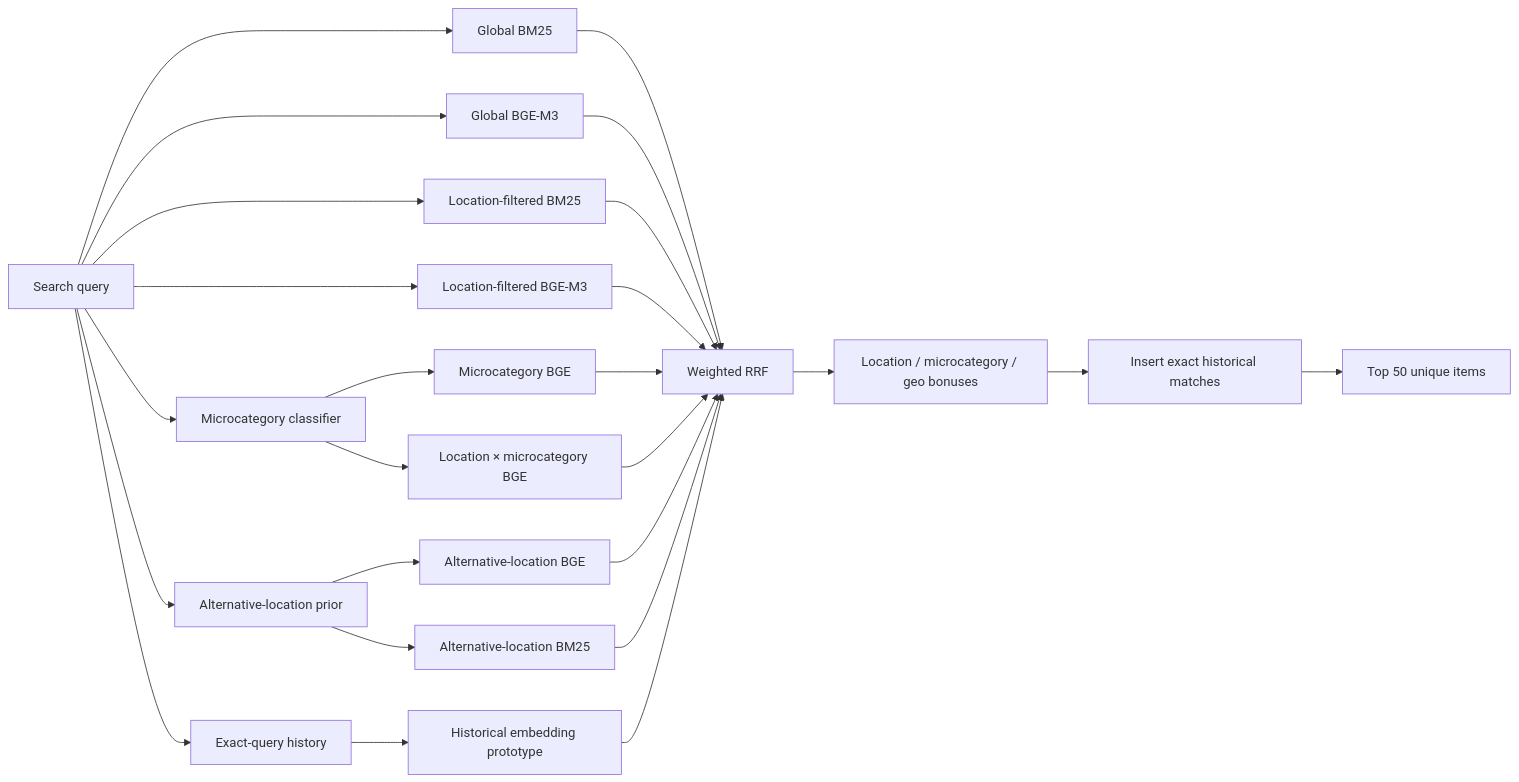
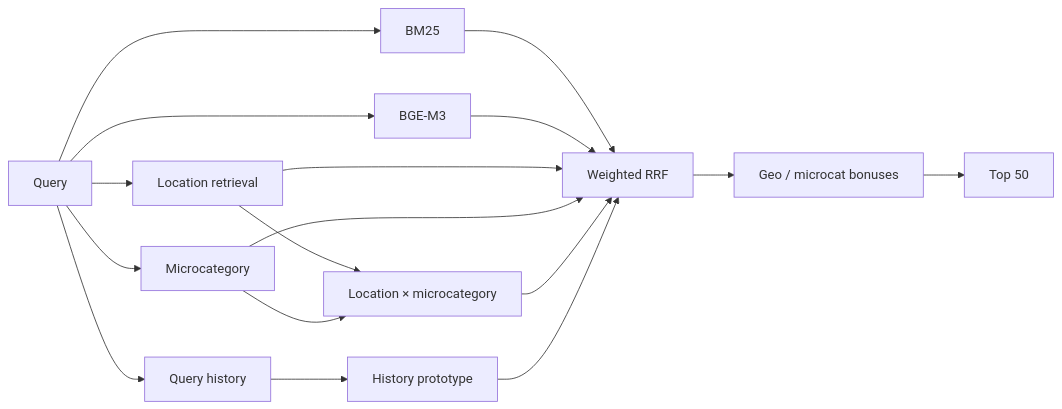
One commit to Davidkaaa33/avito-ds-bootcamp-2026-solution changed the diagram in README.md. Above: the diagram before and after it, drawn with Mermaid. The commit also changed other lines of this file, not shown here.

Commit message:
docs: tighten candidate retrieval README

````diff
--- a/README.md
+++ b/README.md
@@ -73,32 +39,22 @@
 ```mermaid
 flowchart LR
-    Q[Search query] --> BMG[Global BM25]
-    Q --> BG[Global BGE-M3]
-    Q --> LBM[Location-filtered BM25]
-    Q --> LBG[Location-filtered BGE-M3]
-    Q --> MC[Microcategory classifier]
-    Q --> HIST[Exact-query history]
+    Q[Query] --> BM[BM25]
+    Q --> BG[BGE-M3]
+    Q --> GEO[Location retrieval]
+    Q --> MC[Microcategory]
+    Q --> H[Query history]
 
-    MC --> MCBGE[Microcategory BGE]
-    MC --> JOINT[Location × microcategory BGE]
+    GEO --> JOINT[Location × microcategory]
+    MC --> JOINT
+    H --> HP[History prototype]
 
-    HIST --> HP[Historical embedding prototype]
-
-    Q --> GEO[Alternative-location prior]
-    GEO --> AGB[Alternative-location BGE]
-    GEO --> AGBM[Alternative-location BM25]
-
-    BMG --> RRF[Weighted RRF]
+    BM --> RRF[Weighted RRF]
     BG --> RRF
-    LBM --> RRF
-    LBG --> RRF
-    MCBGE --> RRF
+    GEO --> RRF
+    MC --> RRF
     JOINT --> RRF
-    AGB --> RRF
-    AGBM --> RRF
     HP --> RRF
 
-    RRF --> BONUS[Location / microcategory / geo bonuses]
-    BONUS --> HINS[Insert exact historical matches]
-    HINS --> TOP[Top 50 unique items]
+    RRF --> BONUS[Geo / microcat bonuses]
+    BONUS --> TOP[Top 50]
 ```
````
